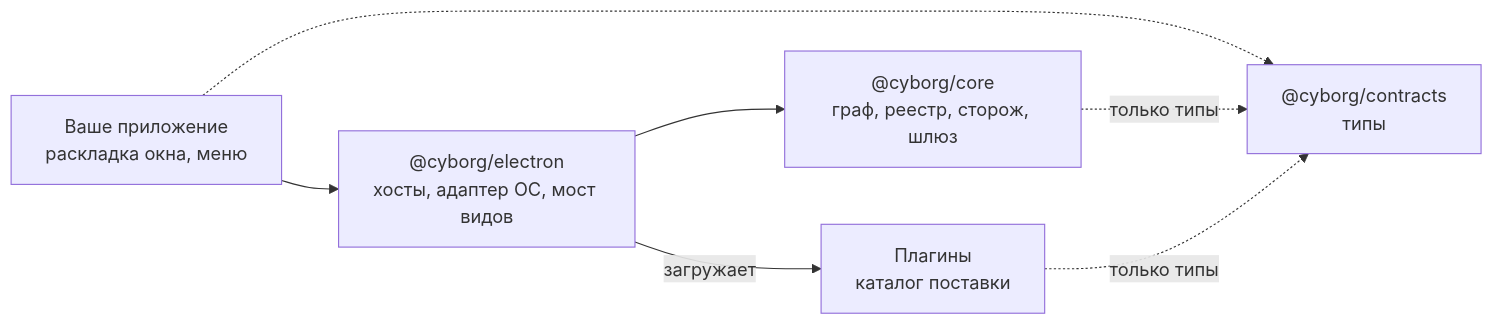
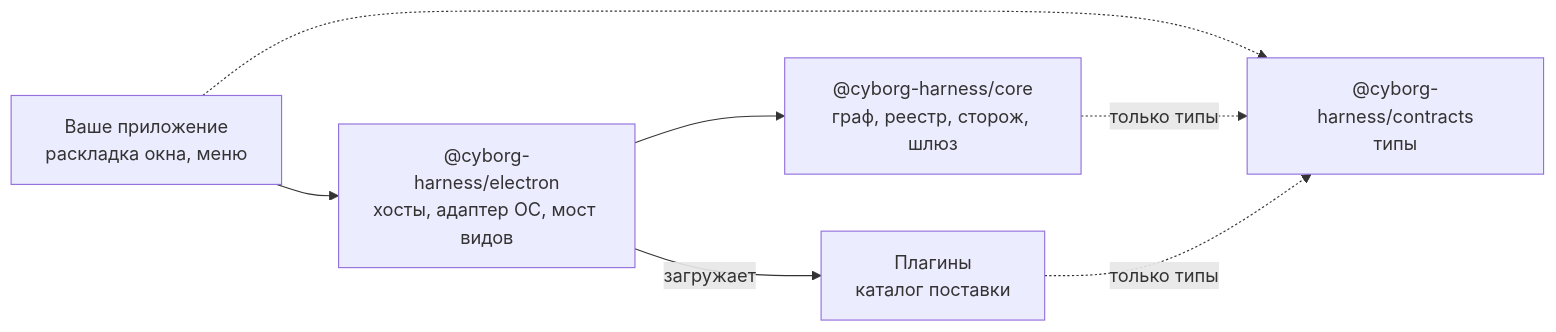
One commit to dex-it/cyborg-harness changed the diagram in docs/guide/start/install.md. Above: the diagram before and after it, drawn with Mermaid. The commit also changed other lines of this file and 128 other files, not shown here.

First line of the commit message:
npm-scope @cyborg-harness вместо занятого @cyborg; остатки ревью #67

````diff
--- a/docs/guide/start/install.md
+++ b/docs/guide/start/install.md
@@ -18,13 +18,13 @@
 ```mermaid
 flowchart LR
   app["Ваше приложение<br/>раскладка окна, меню"]
-  el["@cyborg/electron<br/>хосты, адаптер ОС, мост видов"]
-  core["@cyborg/core<br/>граф, реестр, сторож, шлюз"]
-  ct["@cyborg/contracts<br/>типы"]
+  el["@cyborg-harness/electron<br/>хосты, адаптер ОС, мост видов"]
+  core["@cyborg-harness/core<br/>граф, реестр, сторож, шлюз"]
+  ct["@cyborg-harness/contracts<br/>типы"]
   plugins["Плагины<br/>каталог поставки"]
   app --> el --> core
   app -.-> ct
   core -.->|"только типы"| ct
   plugins -.->|"только типы"| ct
   el -->|"загружает"| plugins
 ```
````
